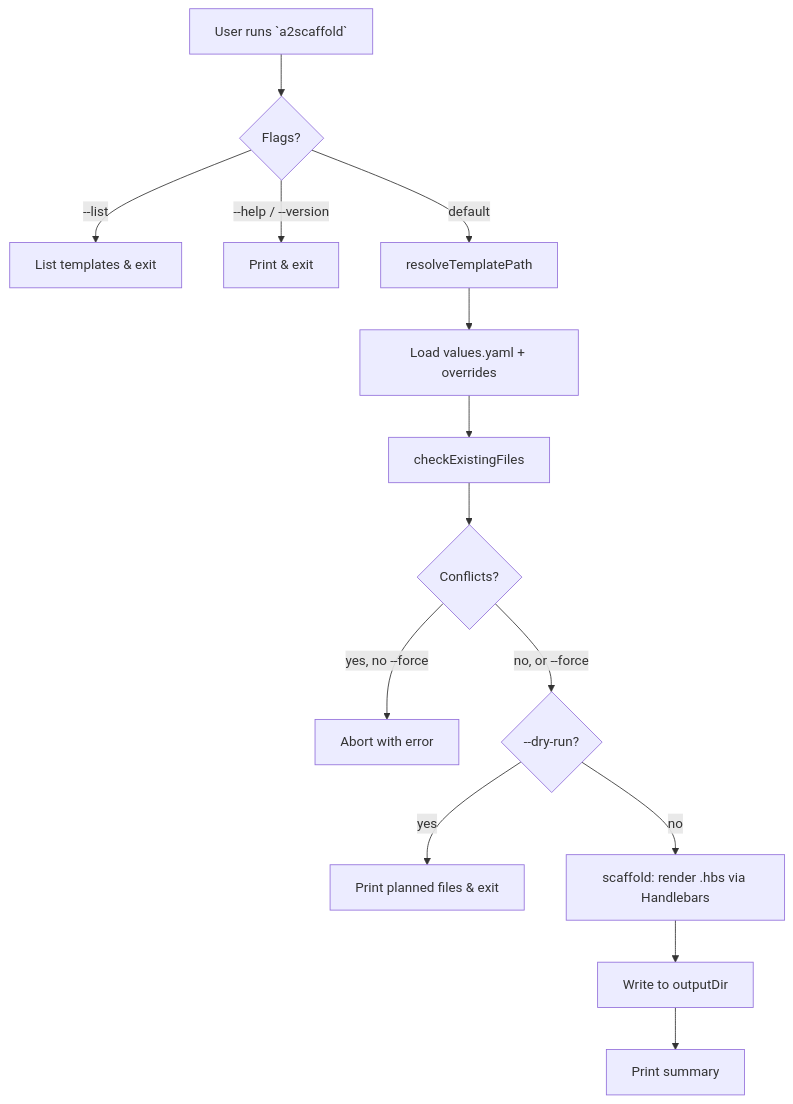
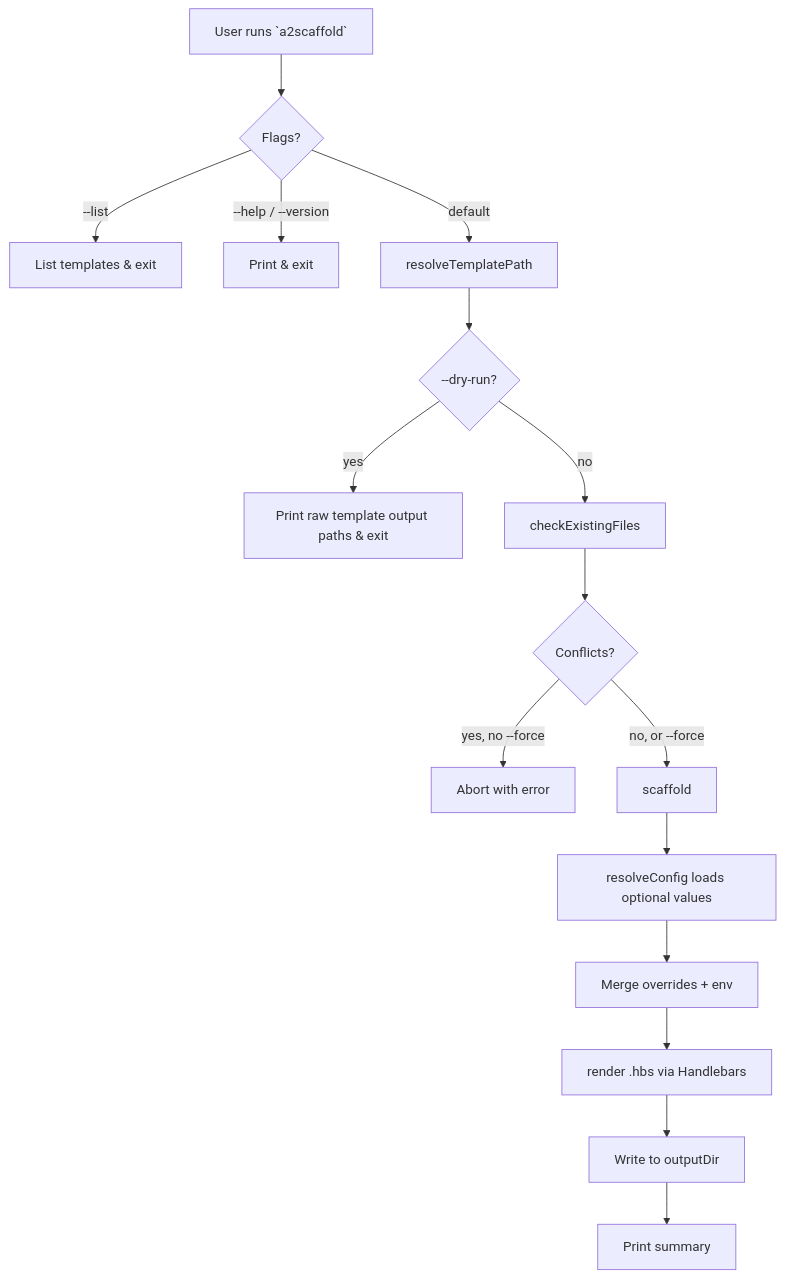
One commit to pasxd245/ai-agents-scaffold changed the diagram in docs/agents/workflows/scaffold.workflow.md. Above: the diagram before and after it, drawn with Mermaid. The commit also changed other lines of this file and 51 other files, not shown here.

````diff
--- a/docs/agents/workflows/scaffold.workflow.md
+++ b/docs/agents/workflows/scaffold.workflow.md
@@ -8,16 +8,18 @@
 ```mermaid
 flowchart TD
   A[User runs `a2scaffold`] --> B{Flags?}
   B -->|--list| C[List templates & exit]
   B -->|--help / --version| D[Print & exit]
   B -->|default| E[resolveTemplatePath]
-  E --> F[Load values.yaml + overrides]
-  F --> G[checkExistingFiles]
-  G --> H{Conflicts?}
-  H -->|yes, no --force| I[Abort with error]
-  H -->|no, or --force| J{--dry-run?}
-  J -->|yes| K[Print planned files & exit]
-  J -->|no| L[scaffold: render .hbs via Handlebars]
-  L --> M[Write to outputDir]
-  M --> N[Print summary]
+  E --> F{--dry-run?}
+  F -->|yes| G[Print raw template output paths & exit]
+  F -->|no| H[checkExistingFiles]
+  H --> I{Conflicts?}
+  I -->|yes, no --force| J[Abort with error]
+  I -->|no, or --force| K[scaffold]
+  K --> L[resolveConfig loads optional values]
+  L --> M[Merge overrides + env]
+  M --> N[render .hbs via Handlebars]
+  N --> O[Write to outputDir]
+  O --> P[Print summary]
 ```
````
